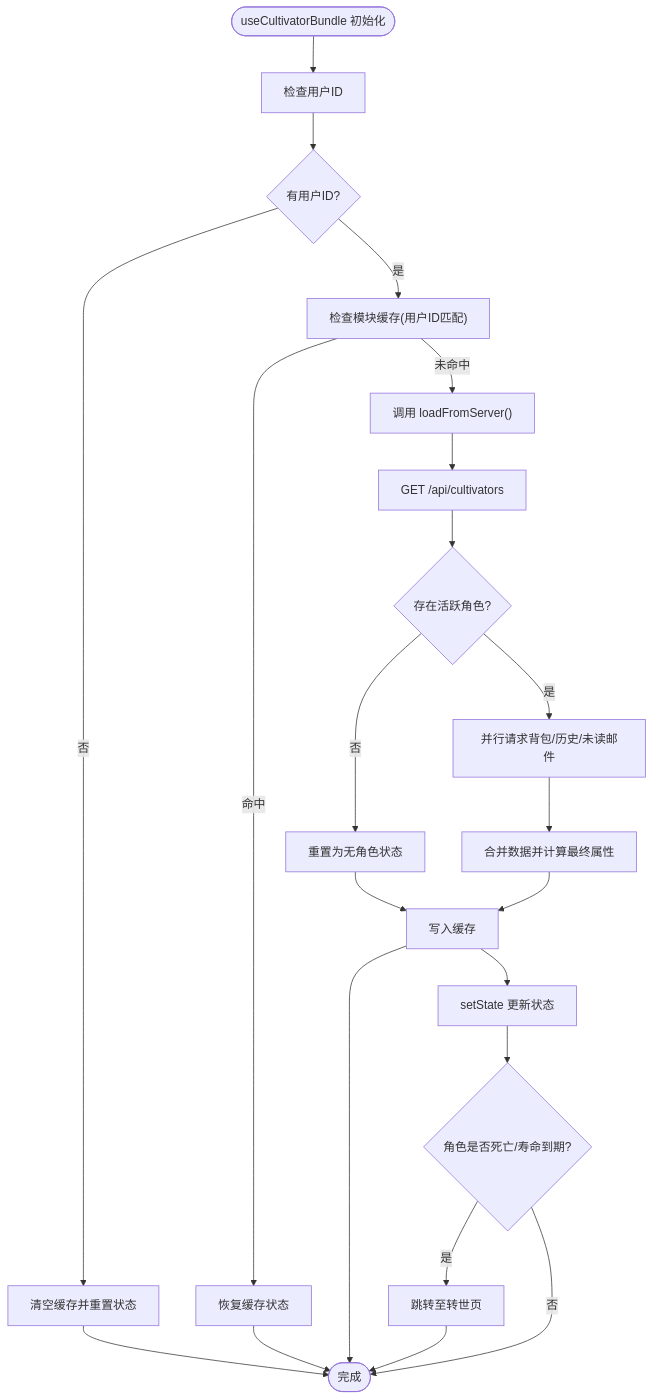
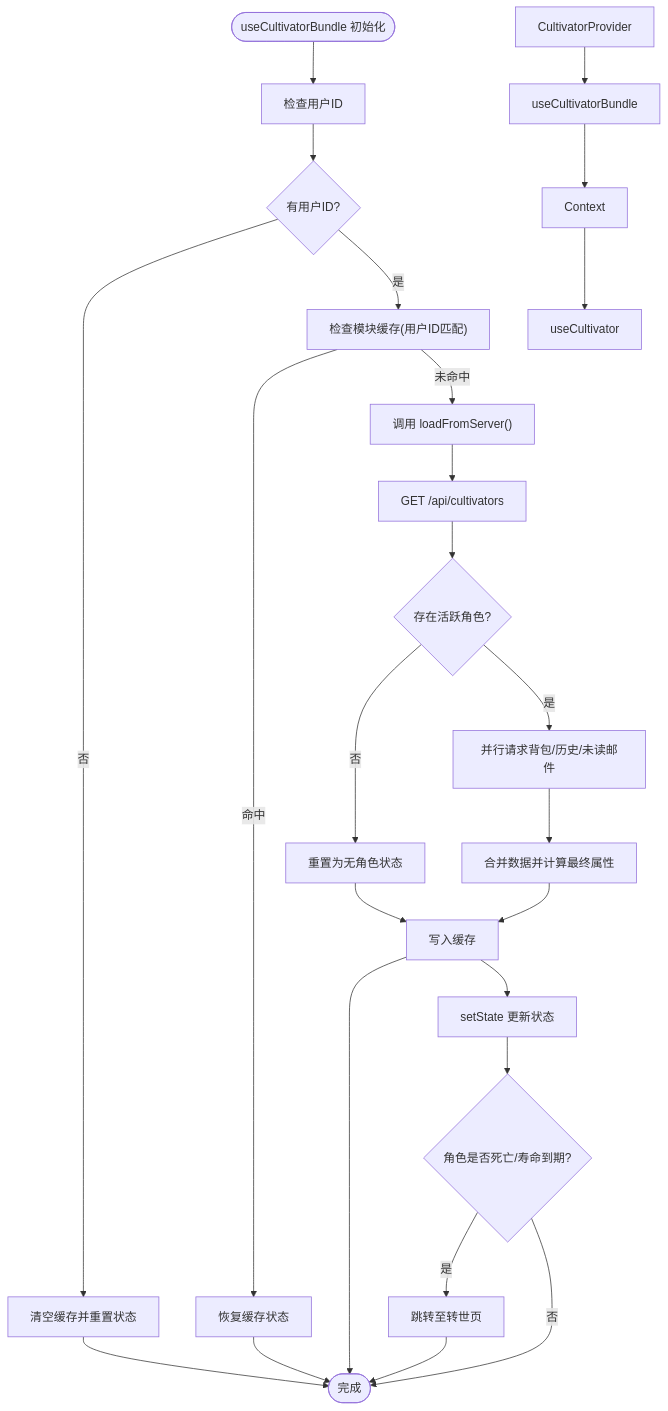
The fourth of 7 diagrams in .qoder/repowiki/zh/content/前端架构/状态管理.md (ChurchTao/Daoyou), drawn with Mermaid before and after one commit. The commit also changed other lines of this file and 14 other files, not shown here.

````diff
--- a/.qoder/repowiki/zh/content/前端架构/状态管理.md
+++ b/.qoder/repowiki/zh/content/前端架构/状态管理.md
@@ -210,19 +235,22 @@
 ```mermaid
 flowchart TD
 Start(["useCultivatorBundle 初始化"]) --> CheckUser["检查用户ID"]
 CheckUser --> HasUser{"有用户ID?"}
 HasUser --> |否| ClearCache["清空缓存并重置状态"] --> End
 HasUser --> |是| CheckCache["检查模块缓存(用户ID匹配)"]
 CheckCache --> |命中| Restore["恢复缓存状态"] --> End
 CheckCache --> |未命中| Load["调用 loadFromServer()"]
 Load --> FetchCore["GET /api/cultivators"]
 FetchCore --> HasActive{"存在活跃角色?"}
 HasActive --> |否| ResetState["重置为无角色状态"] --> SaveCache["写入缓存(空)"] --> End
 HasActive --> |是| Parallel["并行请求背包/历史/未读邮件"]
 Parallel --> Merge["合并数据并计算最终属性"]
 Merge --> SaveCache["写入缓存"]
 SaveCache --> UpdateState["setState 更新状态"]
 UpdateState --> DeadCheck{"角色是否死亡/寿命到期?"}
 DeadCheck --> |是| Redirect["跳转至转世页"] --> End
 DeadCheck --> |否| End(["完成"])
+CultivatorProvider --> useCultivatorBundle
+useCultivatorBundle --> Context
+Context --> useCultivator
 ```
````
